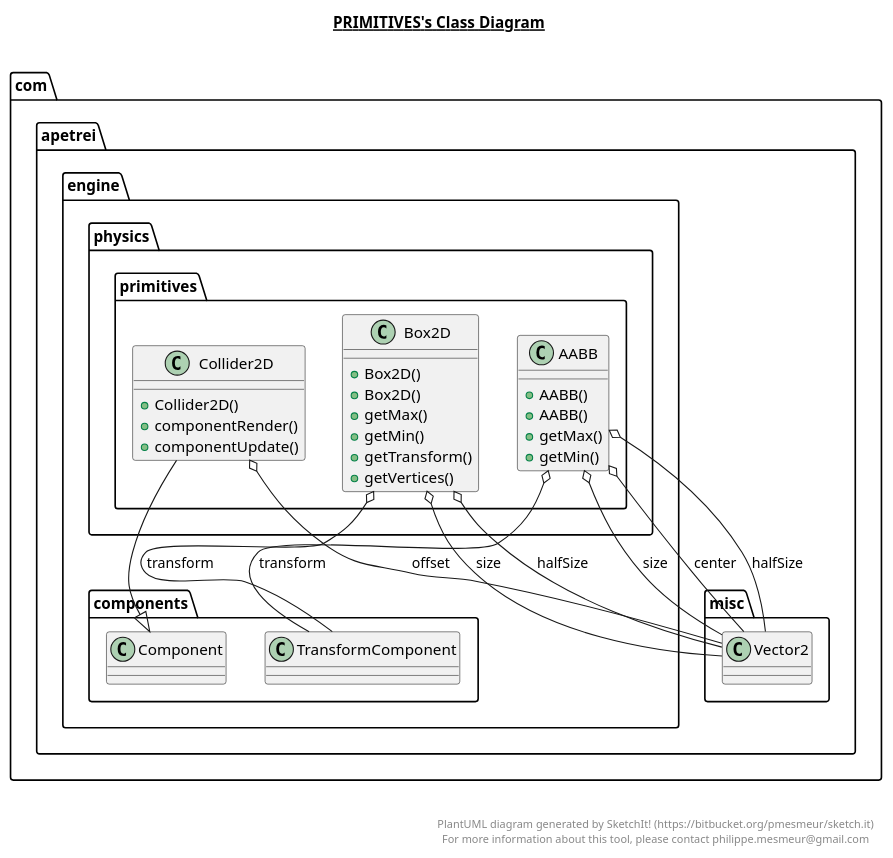
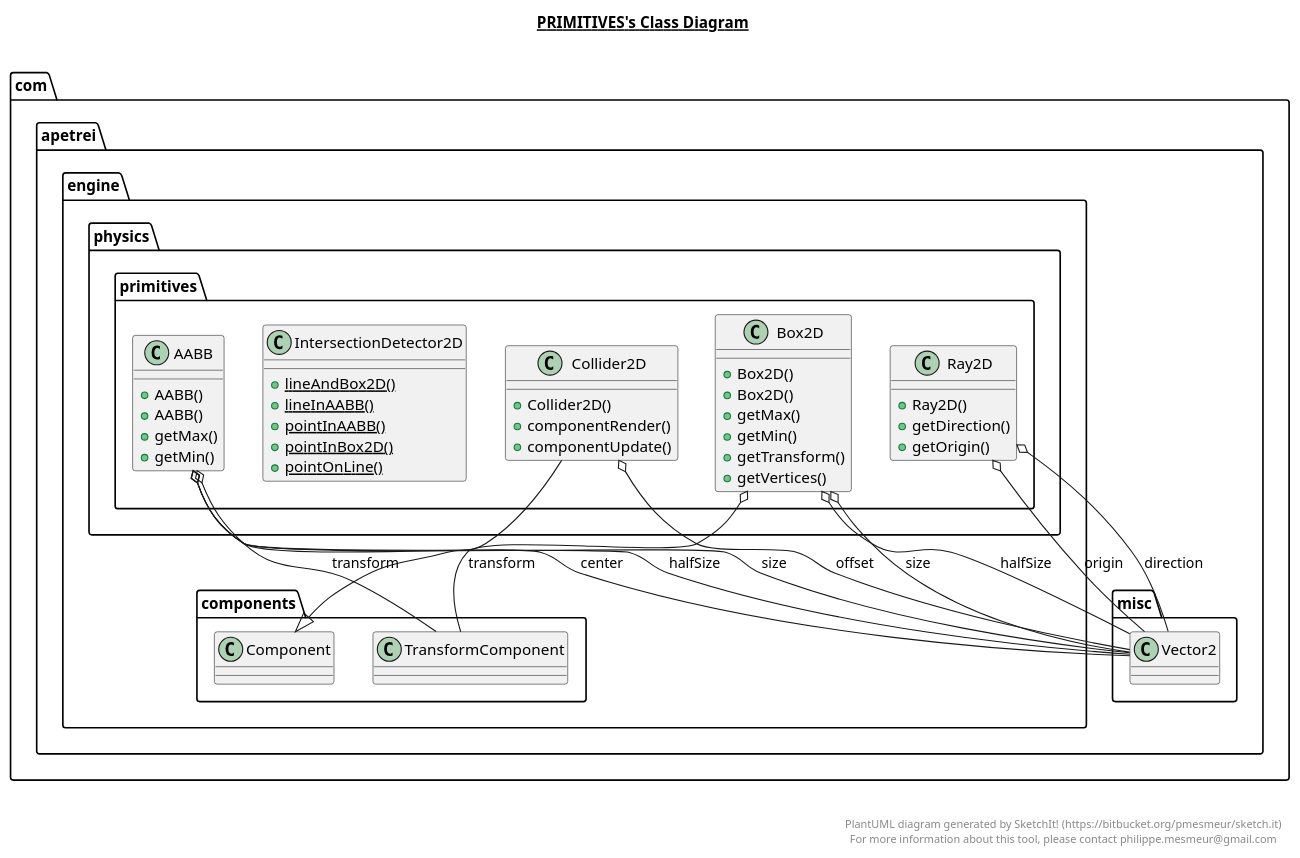
One commit to TheWiseWolfy/Wild-Sky changed the diagram in src/com/apetrei/engine/physics/primitives/primitives.plantuml. Above: the diagram before and after it, drawn with PlantUML. The commit also changed 6 other files, not shown here.

```diff
--- a/src/com/apetrei/engine/physics/primitives/primitives.plantuml
+++ b/src/com/apetrei/engine/physics/primitives/primitives.plantuml
@@ -1,60 +1,86 @@
 @startuml
 
 title __PRIMITIVES's Class Diagram__\n
 
   namespace com.apetrei.engine {
     namespace physics.primitives {
       class com.apetrei.engine.physics.primitives.AABB {
           + AABB()
           + AABB()
           + getMax()
           + getMin()
       }
     }
   }
   
 
   namespace com.apetrei.engine {
     namespace physics.primitives {
       class com.apetrei.engine.physics.primitives.Box2D {
           + Box2D()
           + Box2D()
           + getMax()
           + getMin()
           + getTransform()
           + getVertices()
       }
     }
   }
   
 
   namespace com.apetrei.engine {
     namespace physics.primitives {
       class com.apetrei.engine.physics.primitives.Collider2D {
           + Collider2D()
           + componentRender()
           + componentUpdate()
       }
     }
   }
   
 
+  namespace com.apetrei.engine {
+    namespace physics.primitives {
+      class com.apetrei.engine.physics.primitives.IntersectionDetector2D {
+          {static} + lineAndBox2D()
+          {static} + lineInAABB()
+          {static} + pointInAABB()
+          {static} + pointInBox2D()
+          {static} + pointOnLine()
+      }
+    }
+  }
+  
+
+  namespace com.apetrei.engine {
+    namespace physics.primitives {
+      class com.apetrei.engine.physics.primitives.Ray2D {
+          + Ray2D()
+          + getDirection()
+          + getOrigin()
+      }
+    }
+  }
+  
+
   com.apetrei.engine.physics.primitives.AABB o-- com.apetrei.misc.Vector2 : center
   com.apetrei.engine.physics.primitives.AABB o-- com.apetrei.misc.Vector2 : halfSize
   com.apetrei.engine.physics.primitives.AABB o-- com.apetrei.misc.Vector2 : size
   com.apetrei.engine.physics.primitives.AABB o-- com.apetrei.engine.components.TransformComponent : transform
   com.apetrei.engine.physics.primitives.Box2D o-- com.apetrei.misc.Vector2 : halfSize
   com.apetrei.engine.physics.primitives.Box2D o-- com.apetrei.misc.Vector2 : size
   com.apetrei.engine.physics.primitives.Box2D o-- com.apetrei.engine.components.TransformComponent : transform
   com.apetrei.engine.physics.primitives.Collider2D -up-|> com.apetrei.engine.components.Component
   com.apetrei.engine.physics.primitives.Collider2D o-- com.apetrei.misc.Vector2 : offset
+  com.apetrei.engine.physics.primitives.Ray2D o-- com.apetrei.misc.Vector2 : direction
+  com.apetrei.engine.physics.primitives.Ray2D o-- com.apetrei.misc.Vector2 : origin
 
 
 right footer
 
 
 PlantUML diagram generated by SketchIt! (https://bitbucket.org/pmesmeur/sketch.it)
 For more information about this tool, please contact philippe.mesmeur@gmail.com
 endfooter
 
 @enduml
```
